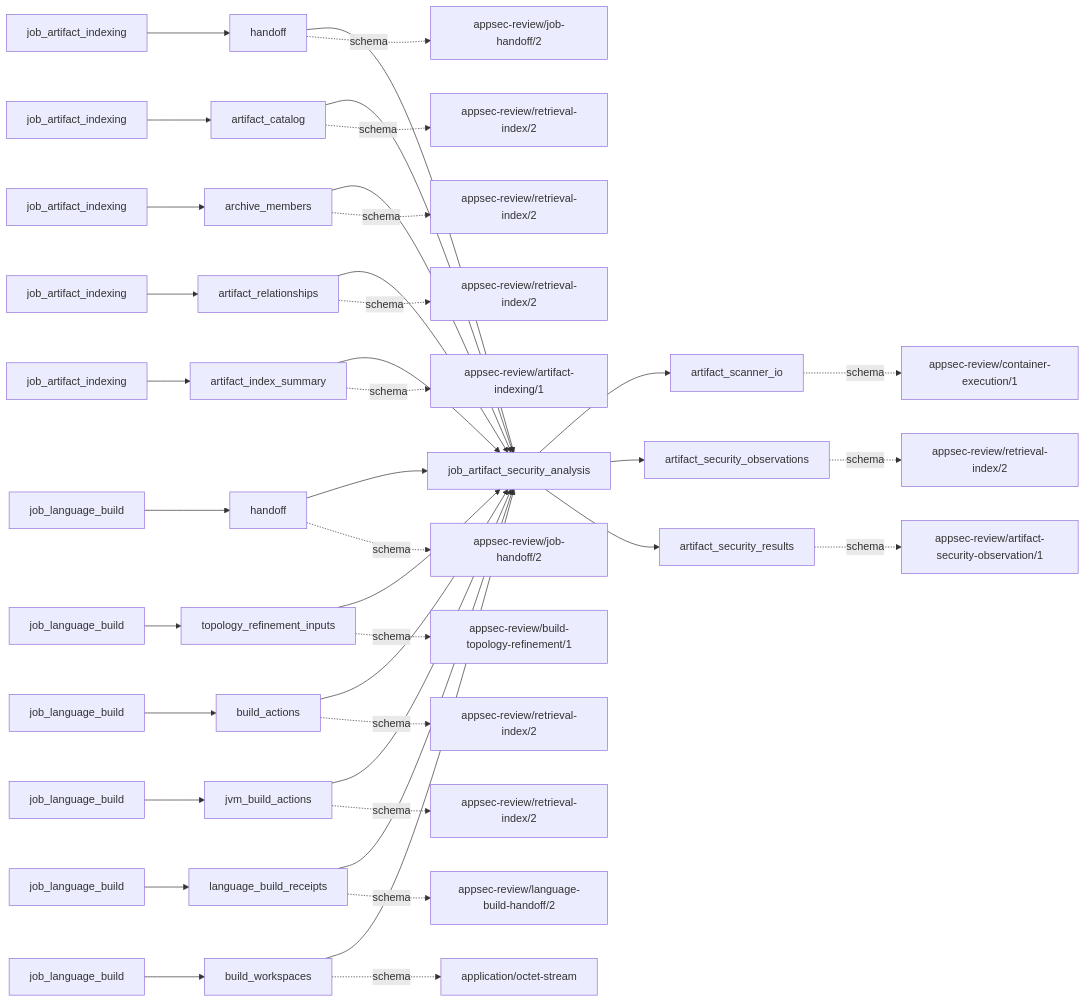
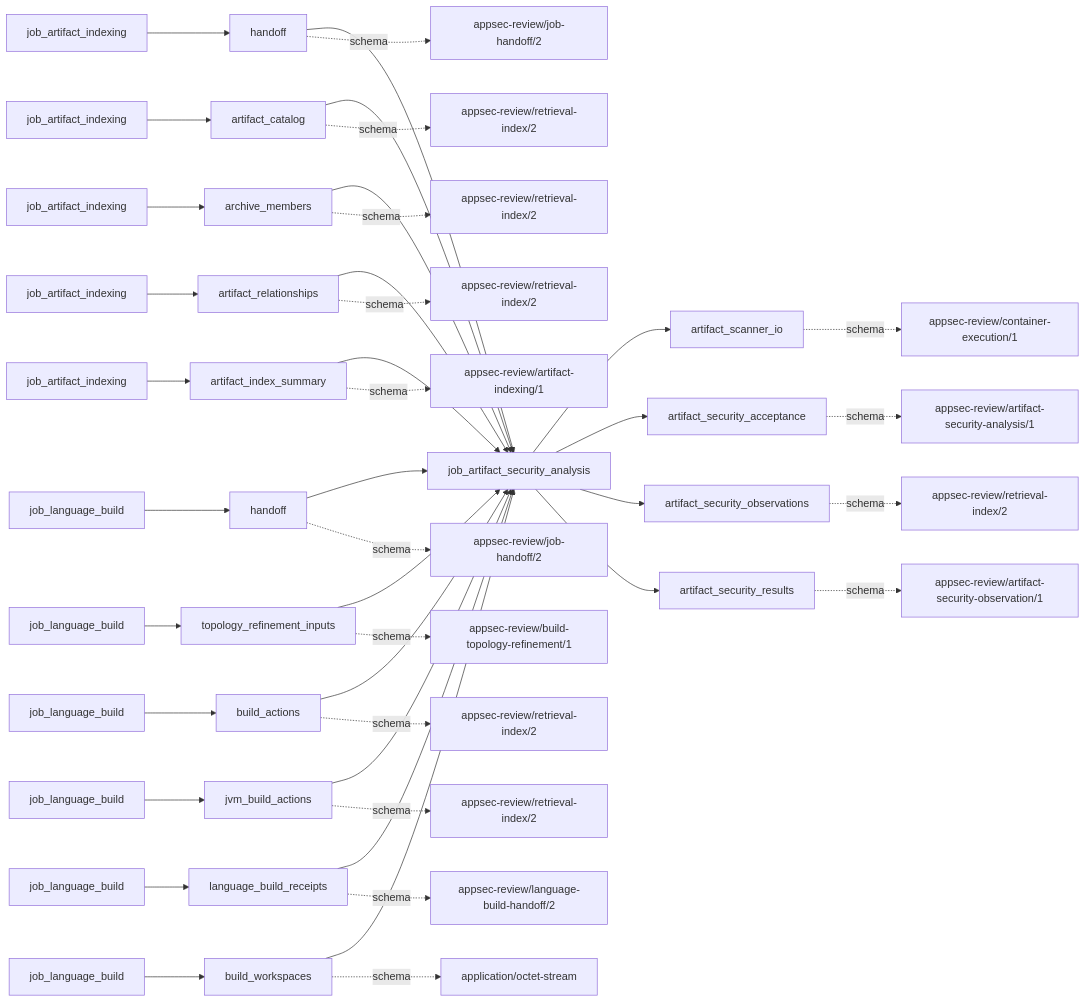
Before and after one commit to wsollers/appsec-review: the first of 2 diagrams in docs/operations/job_artifact_security_analysis.md, drawn with Mermaid. The commit also changed other lines of this file and 16 other files, not shown here.

````diff
--- a/docs/operations/job_artifact_security_analysis.md
+++ b/docs/operations/job_artifact_security_analysis.md
@@ -94,71 +95,75 @@
 ```mermaid
 flowchart LR
   job["job_artifact_security_analysis"]
   producer0["job_artifact_indexing"]
   input0["handoff"]
   input_schema0["appsec-review/job-handoff/2"]
   producer0 --> input0 --> job
   input0 -. schema .-> input_schema0
   producer1["job_artifact_indexing"]
   input1["artifact_catalog"]
   input_schema1["appsec-review/retrieval-index/2"]
   producer1 --> input1 --> job
   input1 -. schema .-> input_schema1
   producer2["job_artifact_indexing"]
   input2["archive_members"]
   input_schema2["appsec-review/retrieval-index/2"]
   producer2 --> input2 --> job
   input2 -. schema .-> input_schema2
   producer3["job_artifact_indexing"]
   input3["artifact_relationships"]
   input_schema3["appsec-review/retrieval-index/2"]
   producer3 --> input3 --> job
   input3 -. schema .-> input_schema3
   producer4["job_artifact_indexing"]
   input4["artifact_index_summary"]
   input_schema4["appsec-review/artifact-indexing/1"]
   producer4 --> input4 --> job
   input4 -. schema .-> input_schema4
   producer5["job_language_build"]
   input5["handoff"]
   input_schema5["appsec-review/job-handoff/2"]
   producer5 --> input5 --> job
   input5 -. schema .-> input_schema5
   producer6["job_language_build"]
   input6["topology_refinement_inputs"]
   input_schema6["appsec-review/build-topology-refinement/1"]
   producer6 --> input6 --> job
   input6 -. schema .-> input_schema6
   producer7["job_language_build"]
   input7["build_actions"]
   input_schema7["appsec-review/retrieval-index/2"]
   producer7 --> input7 --> job
   input7 -. schema .-> input_schema7
   producer8["job_language_build"]
   input8["jvm_build_actions"]
   input_schema8["appsec-review/retrieval-index/2"]
   producer8 --> input8 --> job
   input8 -. schema .-> input_schema8
   producer9["job_language_build"]
   input9["language_build_receipts"]
   input_schema9["appsec-review/language-build-handoff/2"]
   producer9 --> input9 --> job
   input9 -. schema .-> input_schema9
   producer10["job_language_build"]
   input10["build_workspaces"]
   input_schema10["application/octet-stream"]
   producer10 --> input10 --> job
   input10 -. schema .-> input_schema10
   output0["artifact_scanner_io"]
   output_schema0["appsec-review/container-execution/1"]
   job --> output0
   output0 -. schema .-> output_schema0
-  output1["artifact_security_observations"]
-  output_schema1["appsec-review/retrieval-index/2"]
+  output1["artifact_security_acceptance"]
+  output_schema1["appsec-review/artifact-security-analysis/1"]
   job --> output1
   output1 -. schema .-> output_schema1
-  output2["artifact_security_results"]
-  output_schema2["appsec-review/artifact-security-observation/1"]
+  output2["artifact_security_observations"]
+  output_schema2["appsec-review/retrieval-index/2"]
   job --> output2
   output2 -. schema .-> output_schema2
+  output3["artifact_security_results"]
+  output_schema3["appsec-review/artifact-security-observation/1"]
+  job --> output3
+  output3 -. schema .-> output_schema3
 ```
````
